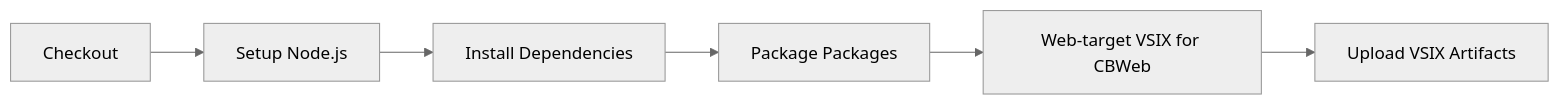
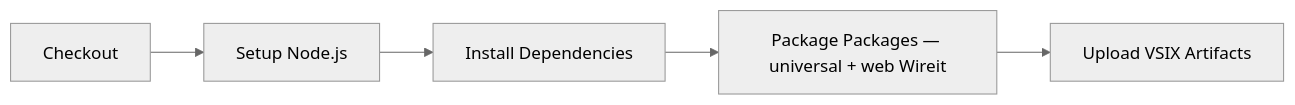
One commit to forcedotcom/apex-language-support changed the fifth of 8 diagrams in .github/workflows/README.md. Above: the diagram before and after it, drawn with Mermaid (neutral theme). The commit also changed other lines of this file and 7 other files, not shown here.

First line of the commit message:
build(apex-lsp-vscode-extension): colocate web VSIX and slim package.json in Wireit

````diff
--- a/.github/workflows/README.md
+++ b/.github/workflows/README.md
@@ -265,8 +265,7 @@
 ```mermaid
 graph LR
     A[Checkout] --> B[Setup Node.js]
     B --> C[Install Dependencies]
-    C --> D[Package Packages]
-    D --> E[Web-target VSIX for CBWeb]
-    E --> F[Upload VSIX Artifacts]
+    C --> D[Package Packages — universal + web Wireit]
+    D --> E[Upload VSIX Artifacts]
 ```
````
